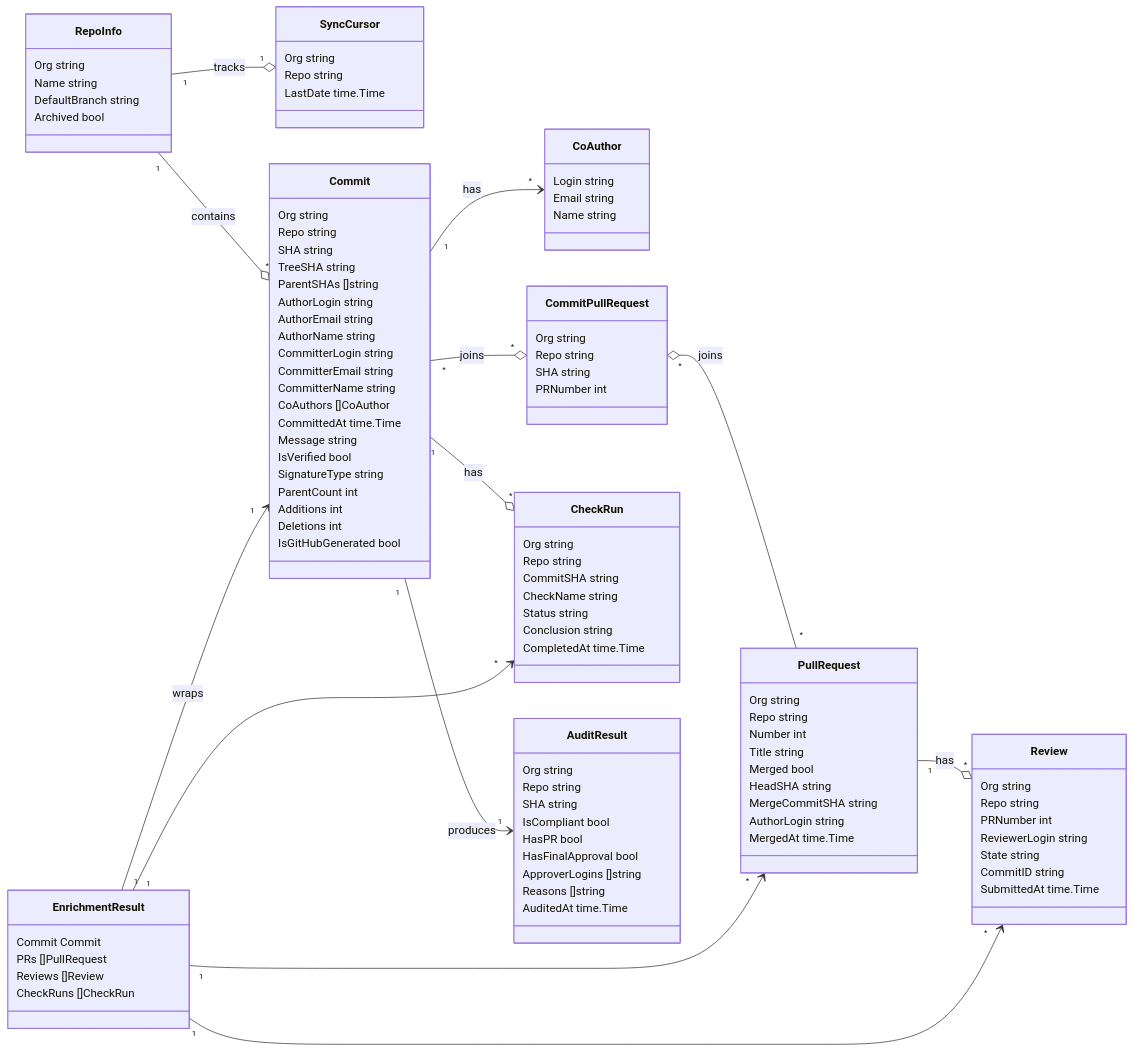
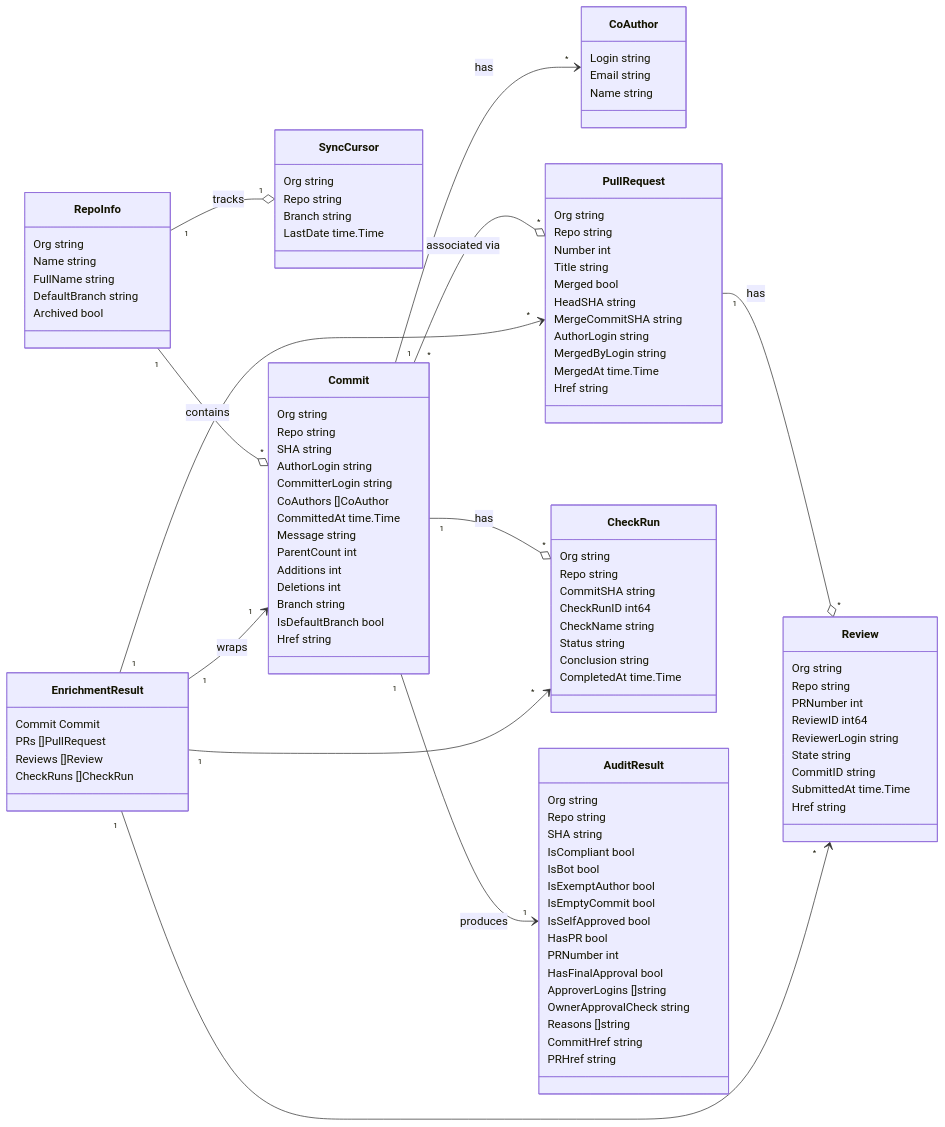
One commit to stefanpenner/gh-audit changed the diagram in internal/model/README.md. Above: the diagram before and after it, drawn with Mermaid. The commit also changed 29 other files, not shown here.

First line of the commit message:
Switch to REST API, simplify config, add Architecture.md, use testify

```diff
--- a/internal/model/README.md
+++ b/internal/model/README.md
@@ -11,6 +11,7 @@
     class RepoInfo {
         Org string
         Name string
+        FullName string
         DefaultBranch string
         Archived bool
     }
@@ -18,6 +19,7 @@
     class SyncCursor {
         Org string
         Repo string
+        Branch string
         LastDate time.Time
     }
 
@@ -31,30 +33,17 @@
         Org string
         Repo string
         SHA string
-        TreeSHA string
-        ParentSHAs []string
         AuthorLogin string
-        AuthorEmail string
-        AuthorName string
         CommitterLogin string
-        CommitterEmail string
-        CommitterName string
         CoAuthors []CoAuthor
         CommittedAt time.Time
         Message string
-        IsVerified bool
-        SignatureType string
         ParentCount int
         Additions int
         Deletions int
-        IsGitHubGenerated bool
-    }
-
-    class CommitPullRequest {
-        Org string
-        Repo string
-        SHA string
-        PRNumber int
+        Branch string
+        IsDefaultBranch bool
+        Href string
     }
 
     class PullRequest {
@@ -66,23 +55,28 @@
         HeadSHA string
         MergeCommitSHA string
         AuthorLogin string
+        MergedByLogin string
         MergedAt time.Time
+        Href string
     }
 
     class Review {
         Org string
         Repo string
         PRNumber int
+        ReviewID int64
         ReviewerLogin string
         State string
         CommitID string
         SubmittedAt time.Time
+        Href string
     }
 
     class CheckRun {
         Org string
         Repo string
         CommitSHA string
+        CheckRunID int64
         CheckName string
         Status string
         Conclusion string
@@ -101,17 +95,23 @@
         Repo string
         SHA string
         IsCompliant bool
+        IsBot bool
+        IsExemptAuthor bool
+        IsEmptyCommit bool
+        IsSelfApproved bool
         HasPR bool
+        PRNumber int
         HasFinalApproval bool
         ApproverLogins []string
+        OwnerApprovalCheck string
         Reasons []string
-        AuditedAt time.Time
+        CommitHref string
+        PRHref string
     }
 
     RepoInfo "1" --o "*" Commit : contains
     RepoInfo "1" --o "1" SyncCursor : tracks
-    Commit "*" --o "*" CommitPullRequest : joins
-    CommitPullRequest "*" o-- "*" PullRequest : joins
+    Commit "*" --o "*" PullRequest : associated via
     PullRequest "1" --o "*" Review : has
     Commit "1" --o "*" CheckRun : has
     EnrichmentResult "1" --> "1" Commit : wraps
```
